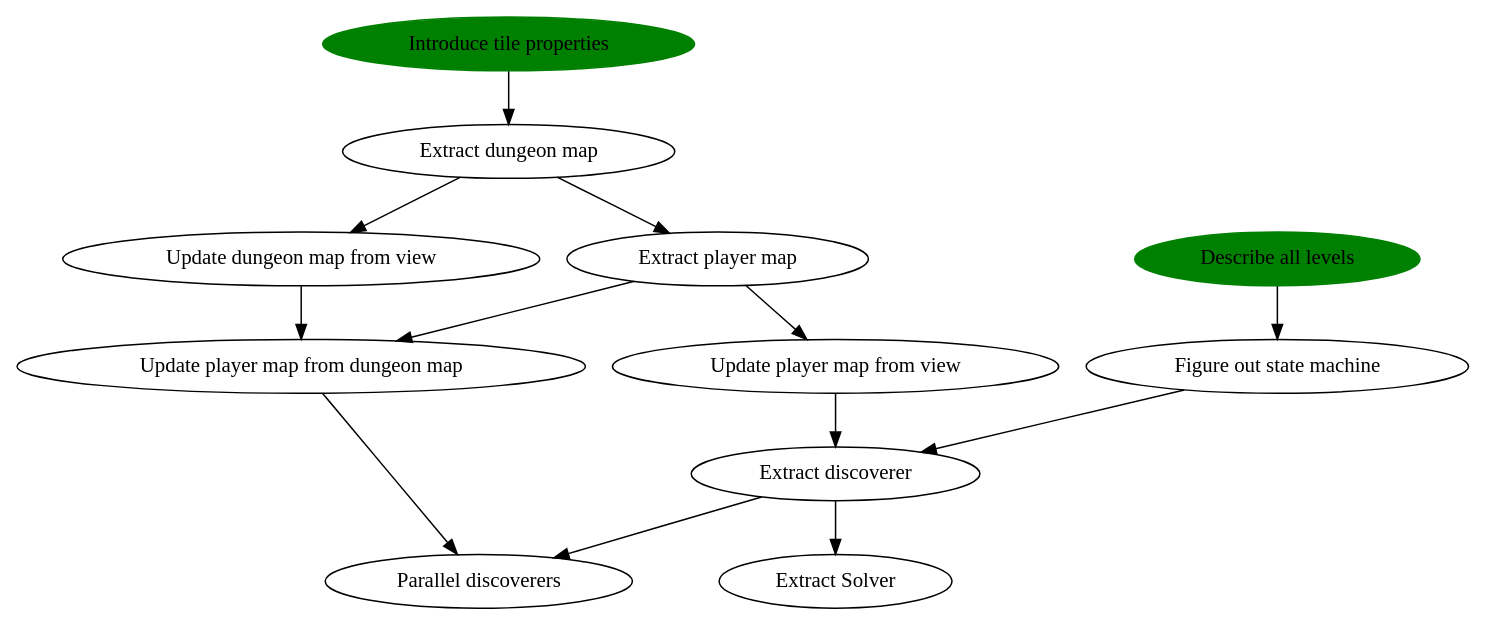
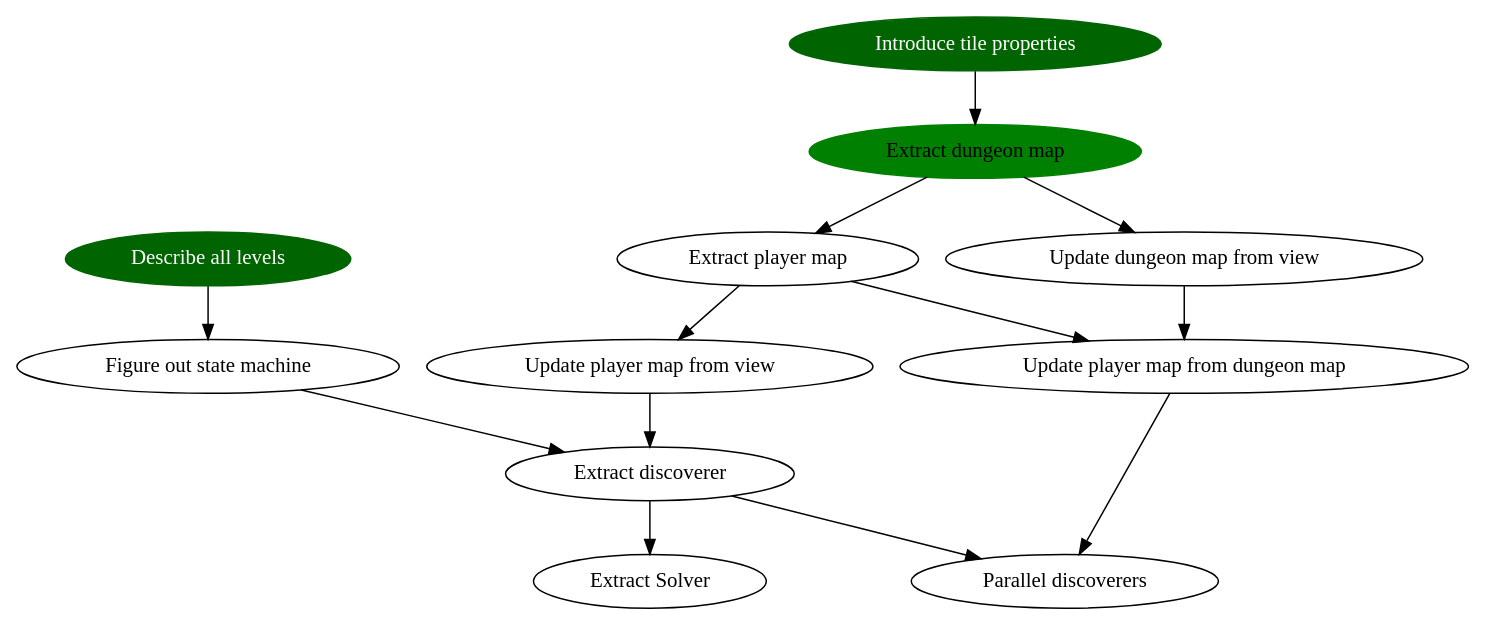
Before and after one commit to kees-jan/swoq-bot: the first of 2 diagrams in DESIGN.md, drawn with Graphviz. The commit also changed other lines of this file and 7 other files, not shown here.

First line of the commit message:
Extracting DungeonMap

````diff
--- a/DESIGN.md
+++ b/DESIGN.md
@@ -3,31 +3,32 @@
 ```graphviz
 strict digraph ThePlan {
       
   subgraph HighPrio
   {
     node [color=orange, style=filled]
   }
 
   subgraph InProgress
   {
     node [color=green, style=filled]
-    "Introduce tile properties"
-    "Describe all levels"
+    "Extract dungeon map"
   }
 
   subgraph Done
   {
     node [color=darkgreen, style=filled, fontcolor=white]
+    "Describe all levels"
+    "Introduce tile properties"
   }
 
   // Tasks
   "Introduce tile properties" -> "Extract dungeon map" -> "Extract player map"
   "Extract dungeon map" -> "Update dungeon map from view" -> "Update player map from dungeon map"
   "Extract player map" -> "Update player map from view"
   "Extract player map" -> "Update player map from dungeon map"
   "Describe all levels" -> "Figure out state machine"
   { "Figure out state machine" "Update player map from view" "Update player map from view" } -> "Extract discoverer" -> "Extract Solver"
   "Extract discoverer" -> "Parallel discoverers"
   "Update player map from dungeon map" -> "Parallel discoverers"
 }
 ```
````
